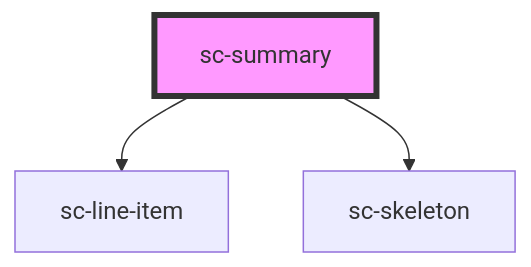
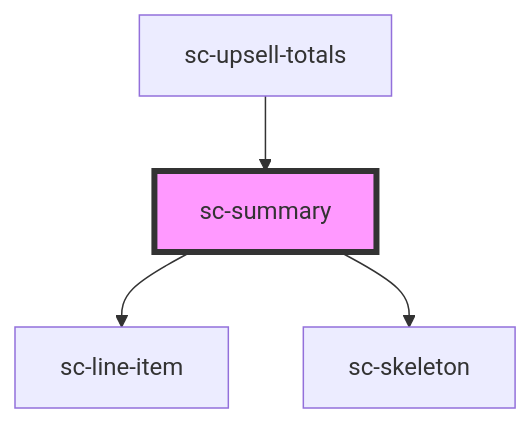
The diagram in packages/components/src/components/ui/sc-summary/readme.md (surecart/surecart-wp-plugin), drawn with Mermaid before and after one commit. The commit also changed other lines of this file and 29 other files, not shown here.

````diff
--- a/packages/components/src/components/ui/sc-summary/readme.md
+++ b/packages/components/src/components/ui/sc-summary/readme.md
@@ -38,6 +42,7 @@
 ```mermaid
 graph TD;
   sc-summary --> sc-line-item
   sc-summary --> sc-skeleton
+  sc-upsell-totals --> sc-summary
   style sc-summary fill:#f9f,stroke:#333,stroke-width:4px
 ```
````
